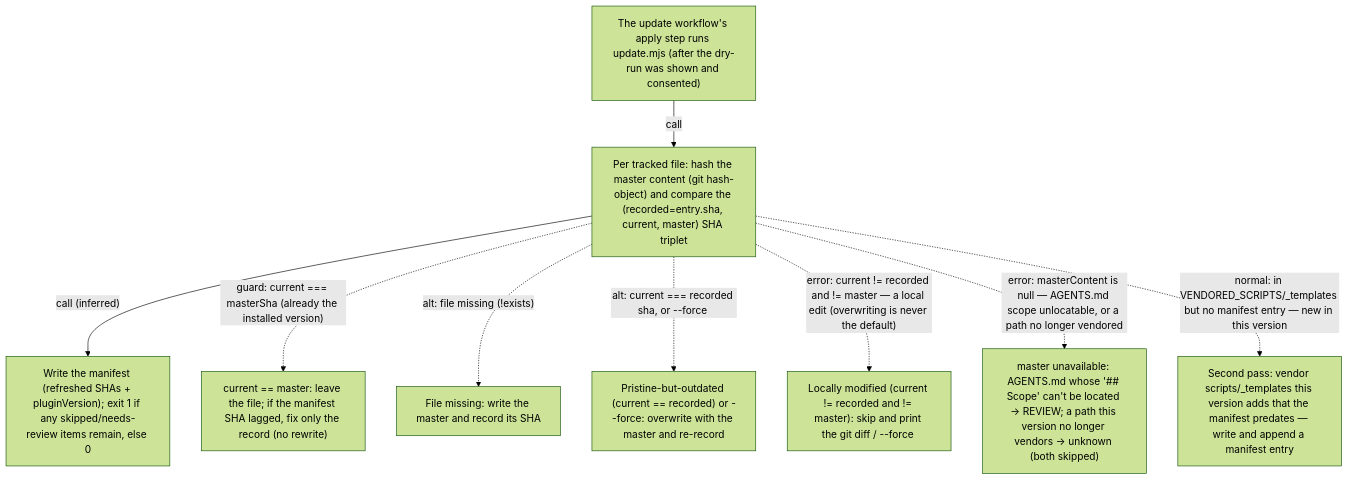
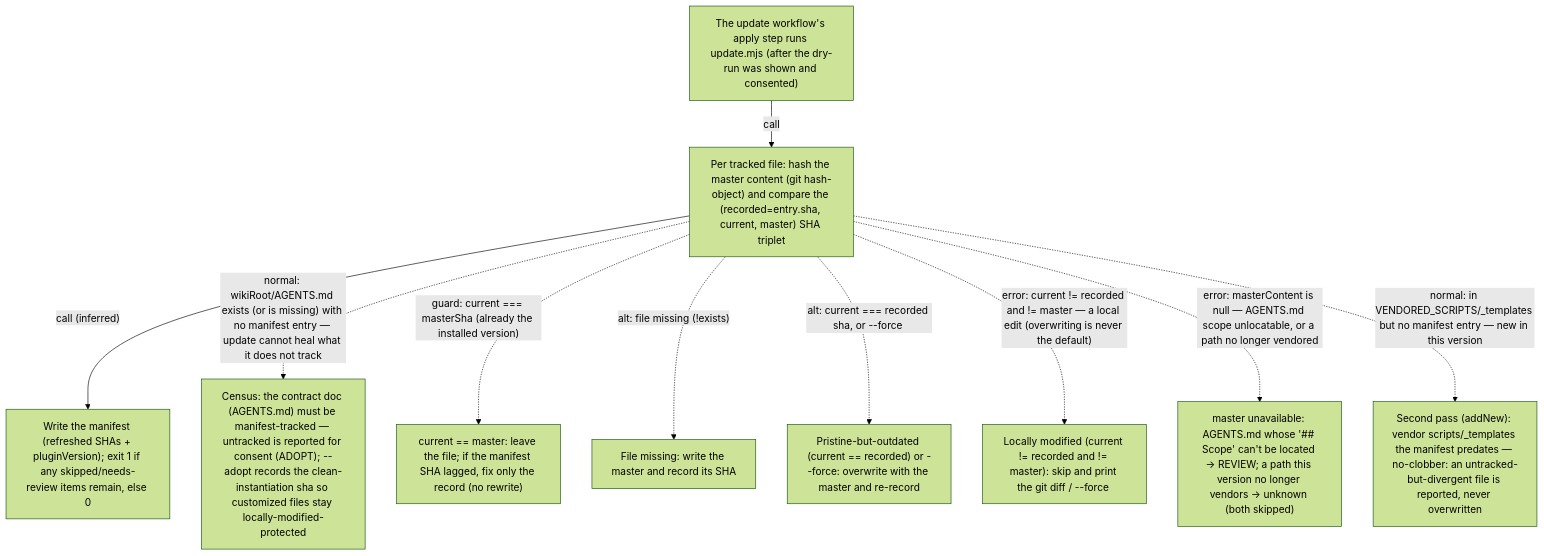
Before and after one commit to emyann/repolore: the diagram in docs/wiki/flows/update-classification.md, drawn with Mermaid (forest theme). The commit also changed other lines of this file and 6 other files, not shown here.

First line of the commit message:
docs(wiki): absorb the update census — census-adopt step in the flow, extractor mapping, re-stamps

````diff
--- a/docs/wiki/flows/update-classification.md
+++ b/docs/wiki/flows/update-classification.md
@@ -172,21 +186,23 @@
 ```mermaid
 %% generated from flow-meta — do not hand-edit
 flowchart TD
   n_invoke["The update workflow's apply step runs update.mjs (after the dry-run was shown and consented)"]
   n_classify["Per tracked file: hash the master content (git hash-object) and compare the (recorded=entry.sha, current, master) SHA triplet"]
   n_up_to_date["current == master: leave the file; if the manifest SHA lagged, fix only the record (no rewrite)"]
   n_restore["File missing: write the master and record its SHA"]
   n_regenerate["Pristine-but-outdated (current == recorded) or --force: overwrite with the master and re-record"]
   n_skip_modified["Locally modified (current != recorded and != master): skip and print the git diff / --force <path> hint"]
   n_needs_review["master unavailable: AGENTS.md whose '## Scope' can't be located → REVIEW; a path this version no longer vendors → unknown (both skipped)"]
-  n_add_new["Second pass: vendor scripts/_templates this version adds that the manifest predates — write and append a manifest entry"]
+  n_add_new["Second pass (addNew): vendor scripts/_templates the manifest predates — no-clobber: an untracked-but-divergent file is reported, never overwritten"]
+  n_census_adopt["Census: the contract doc (AGENTS.md) must be manifest-tracked — untracked is reported for consent (ADOPT); --adopt records the clean-instantiation sha so customized files stay locally-modified-protected"]
   n_persist["Write the manifest (refreshed SHAs + pluginVersion); exit 1 if any skipped/needs-review items remain, else 0"]
   n_invoke -->|"call"| n_classify
   n_classify -->|"call (inferred)"| n_persist
+  n_classify -.->|"normal: wikiRoot/AGENTS.md exists (or is missing) with no manifest entry — update cannot heal what it does not track"| n_census_adopt
   n_classify -.->|"guard: current === masterSha (already the installed version)"| n_up_to_date
   n_classify -.->|"alt: file missing (!exists)"| n_restore
   n_classify -.->|"alt: current === recorded sha, or --force <path>"| n_regenerate
   n_classify -.->|"error: current != recorded and != master — a local edit (overwriting is never the default)"| n_skip_modified
   n_classify -.->|"error: masterContent is null — AGENTS.md scope unlocatable, or a path no longer vendored"| n_needs_review
   n_classify -.->|"normal: in VENDORED_SCRIPTS/_templates but no manifest entry — new in this version"| n_add_new
 ```
````
